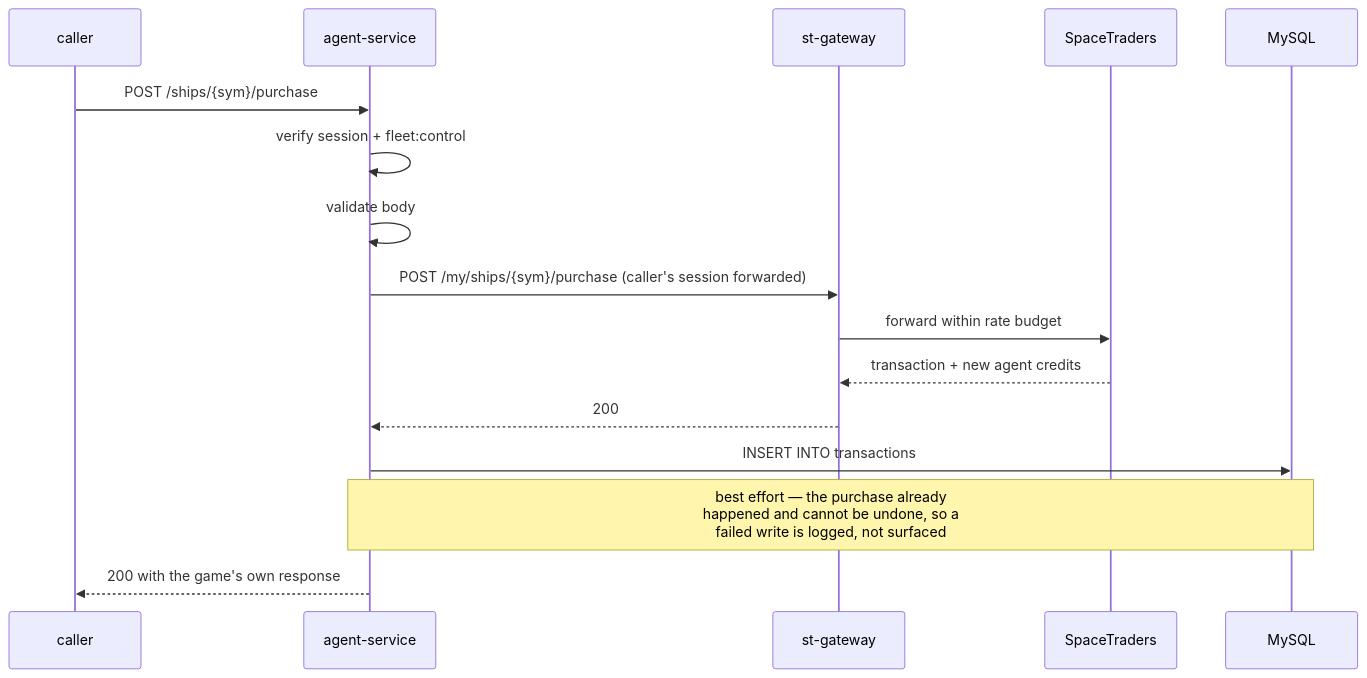
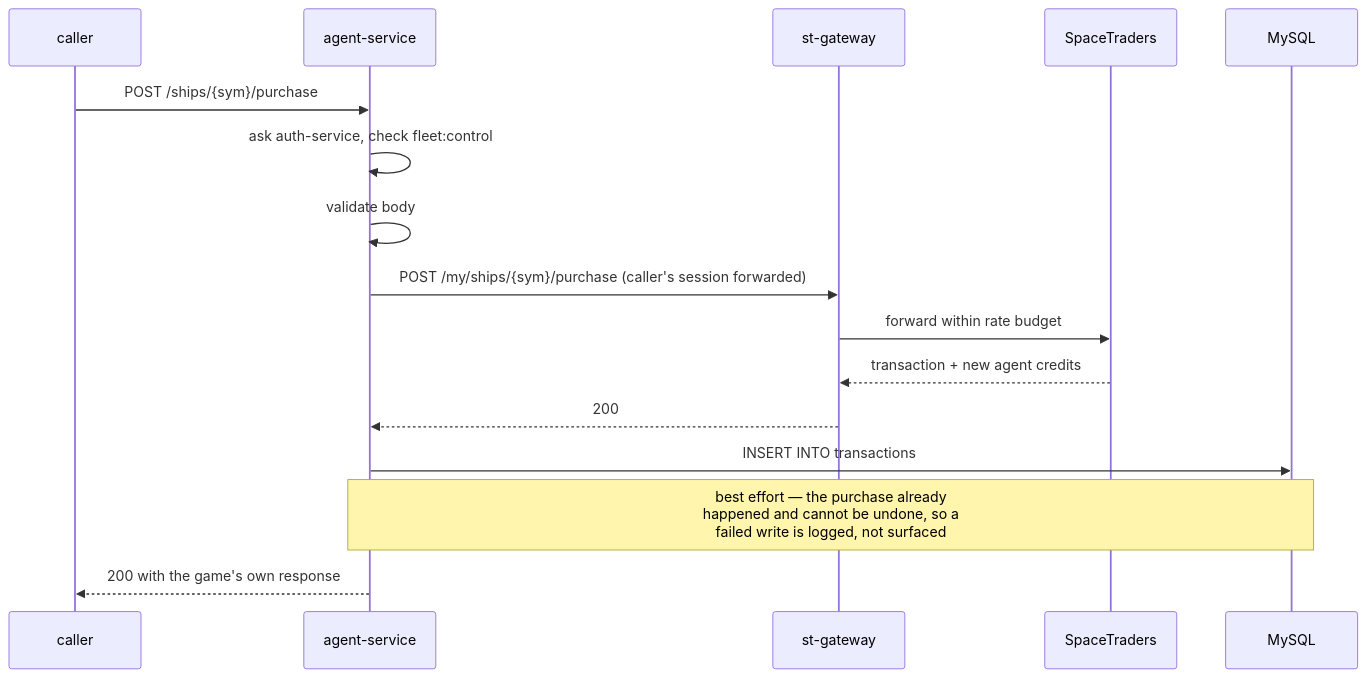
The third of 3 diagrams in README.md (V-M-Pioneer-Trading/agent-service), drawn with Mermaid before and after one commit. The commit also changed other lines of this file and 21 other files, not shown here.

First line of the commit message:
Ask auth-service what a token carries; deliveries needs fleet:control (meta#80 step 6) (#24)

````diff
--- a/README.md
+++ b/README.md
@@ -90,19 +101,19 @@
 ```mermaid
 sequenceDiagram
     participant C as caller
     participant A as agent-service
     participant G as st-gateway
     participant S as SpaceTraders
     participant D as MySQL
 
     C->>A: POST /ships/{sym}/purchase
-    A->>A: verify session + fleet:control
+    A->>A: ask auth-service, check fleet:control
     A->>A: validate body
     A->>G: POST /my/ships/{sym}/purchase (caller's session forwarded)
     G->>S: forward within rate budget
     S-->>G: transaction + new agent credits
     G-->>A: 200
     A->>D: INSERT INTO transactions
     Note over A,D: best effort — the purchase already<br/>happened and cannot be undone, so a<br/>failed write is logged, not surfaced
     A-->>C: 200 with the game's own response
 ```
````
